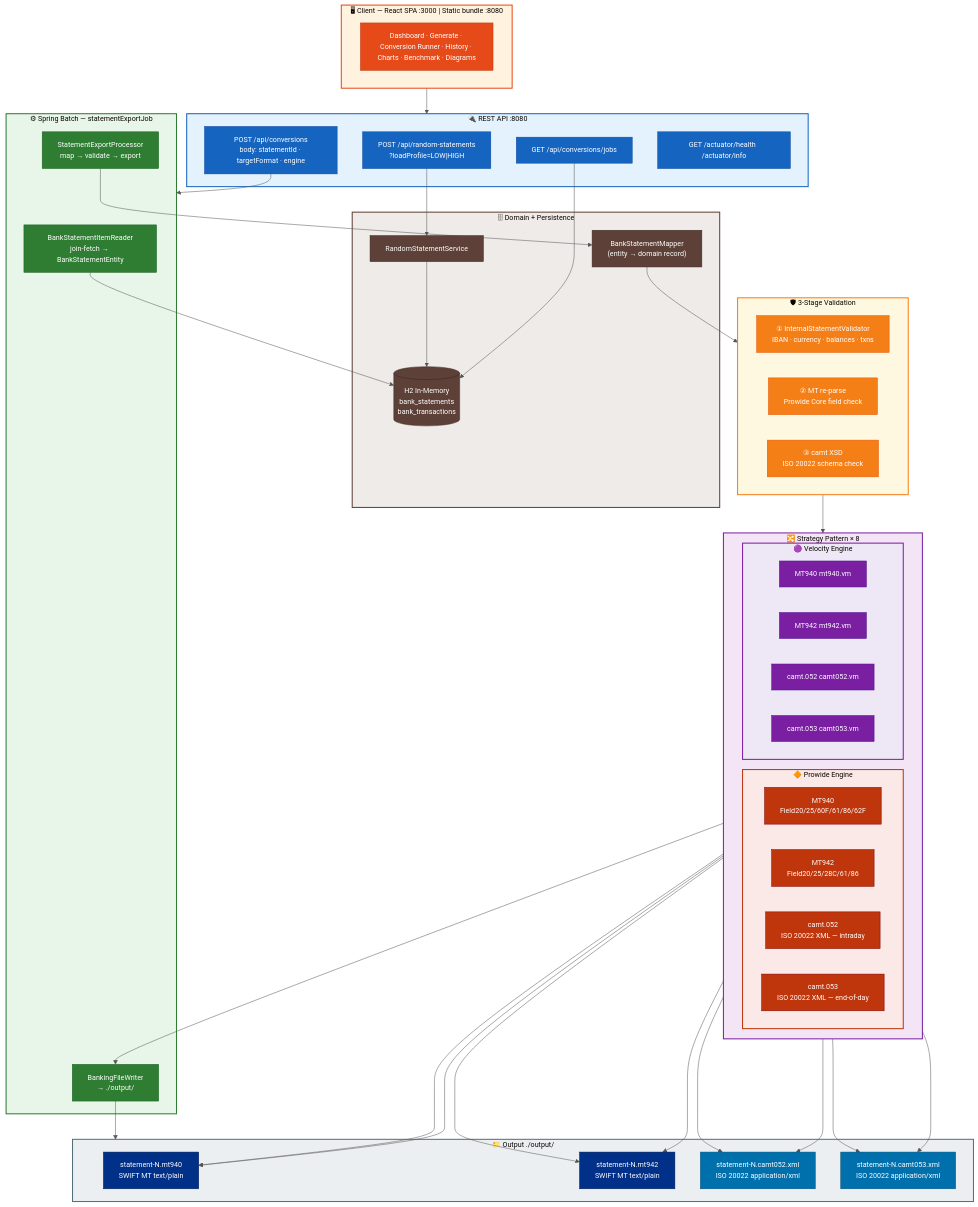
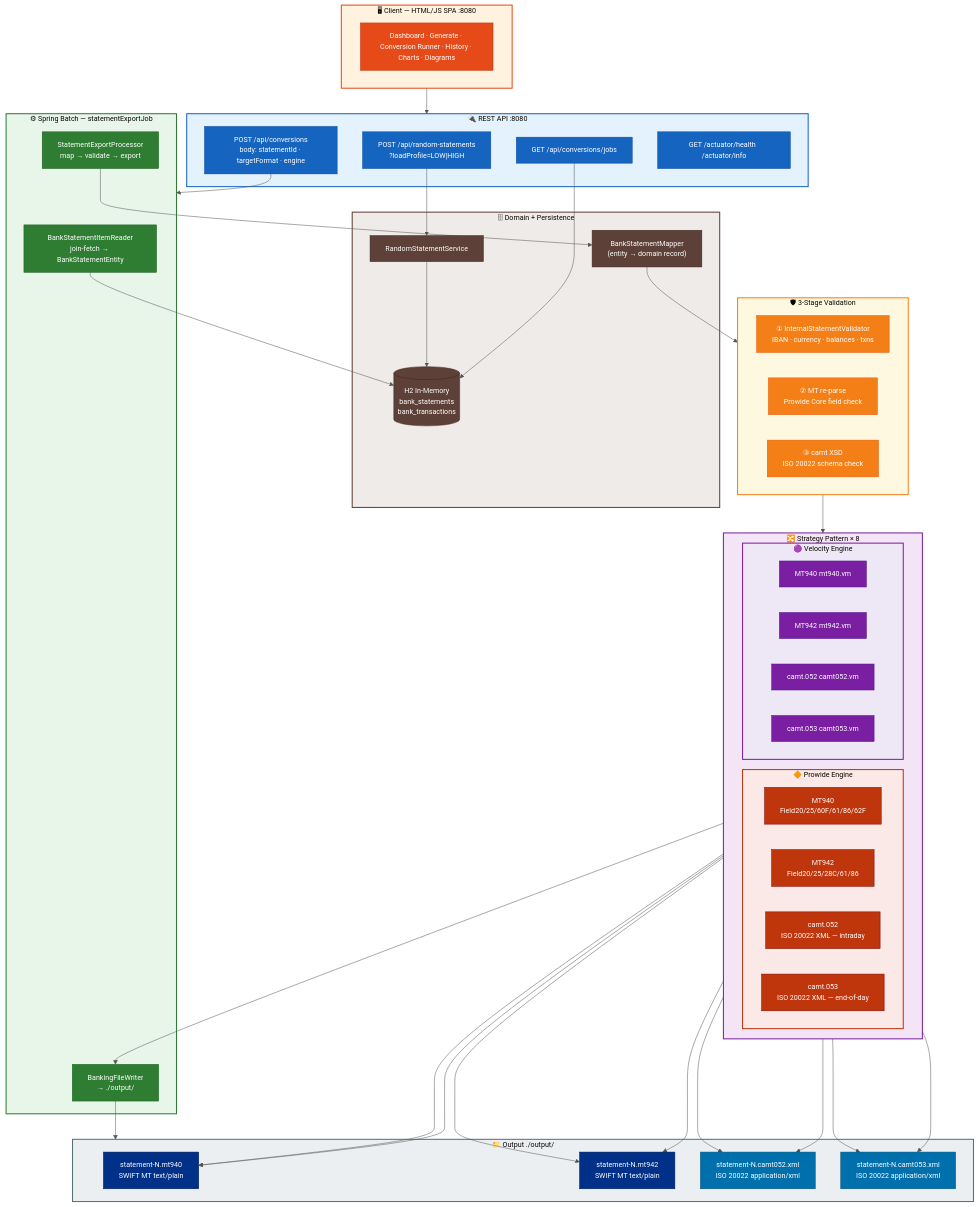
One commit to wallaceespindola/camt-mt-converters changed the first of 2 diagrams in README.md. Above: the diagram before and after it, drawn with Mermaid. The commit also changed other lines of this file, not shown here.

First line of the commit message:
Update README: vanilla HTML/JS frontend, single profile, simplified scripts

````diff
--- a/README.md
+++ b/README.md
@@ -71,8 +71,8 @@
 ```mermaid
 %%{init: {'theme': 'base', 'themeVariables': {'lineColor': '#555555', 'fontSize': '14px'}}}%%
 graph TB
-    subgraph CLIENT["🖥  Client — React SPA :3000  |  Static bundle :8080"]
-        UI["Dashboard · Generate · Conversion Runner · History · Charts · Benchmark · Diagrams"]
+    subgraph CLIENT["🖥  Client — HTML/JS SPA  :8080"]
+        UI["Dashboard · Generate · Conversion Runner · History · Charts · Diagrams"]
     end
 
     subgraph REST["🔌  REST API  :8080"]
````
